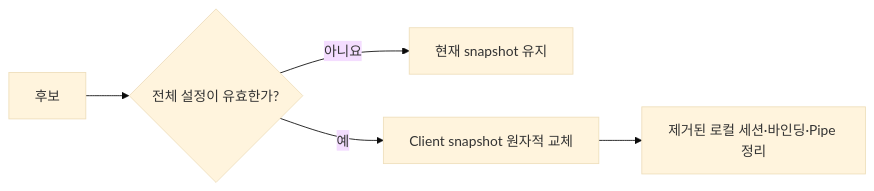
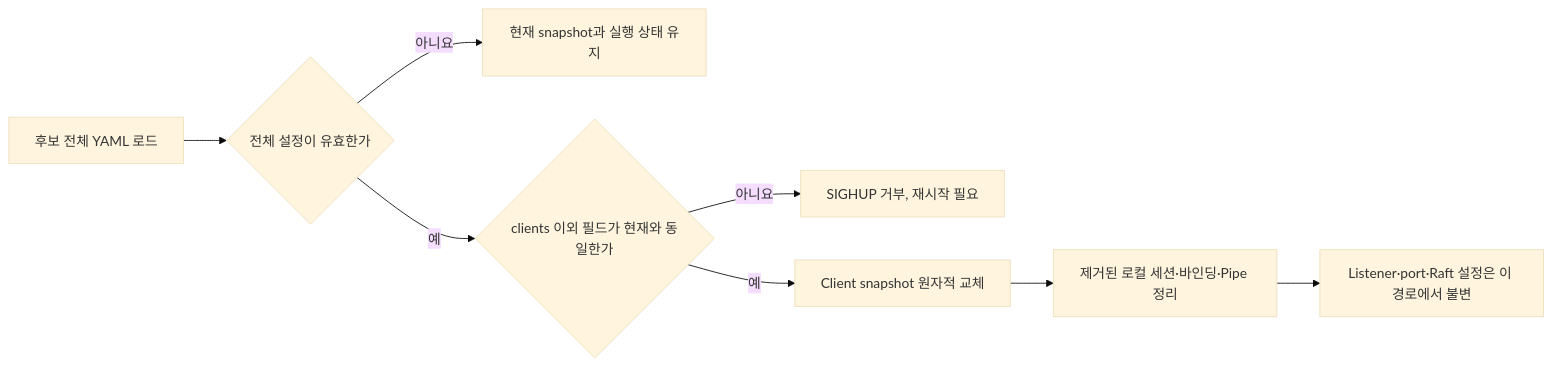
The second of 3 diagrams in docs/spec/002-client-configuration-and-presence.md (cagojeiger/relaygate), drawn with Mermaid (base theme) before and after one commit. The commit also changed other lines of this file and 5 other files, not shown here.

First line of the commit message:
docs: rewrite control-plane specs with state diagrams

````diff
--- a/docs/spec/002-client-configuration-and-presence.md
+++ b/docs/spec/002-client-configuration-and-presence.md
@@ -22,7 +32,10 @@
 ```mermaid
 flowchart LR
-    C[후보] --> V{전체 설정이 유효한가?}
-    V -- 아니요 --> K[현재 snapshot 유지]
-    V -- 예 --> S[Client snapshot 원자적 교체]
+    C[후보 전체 YAML 로드] --> V{전체 설정이 유효한가}
+    V -- 아니요 --> K[현재 snapshot과 실행 상태 유지]
+    V -- 예 --> D{clients 이외 필드가 현재와 동일한가}
+    D -- 아니요 --> X[SIGHUP 거부, 재시작 필요]
+    D -- 예 --> S[Client snapshot 원자적 교체]
     S --> R[제거된 로컬 세션·바인딩·Pipe 정리]
+    R --> L[Listener·port·Raft 설정은 이 경로에서 불변]
 ```
````
